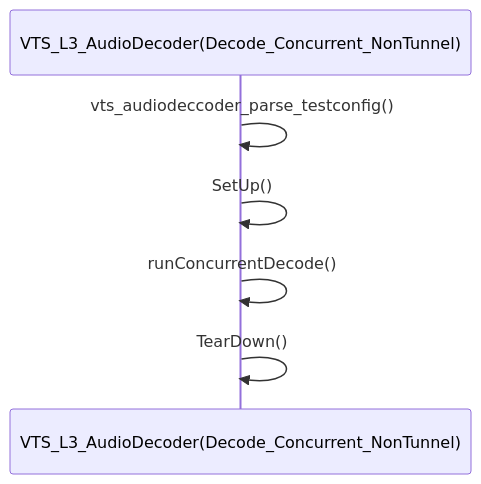
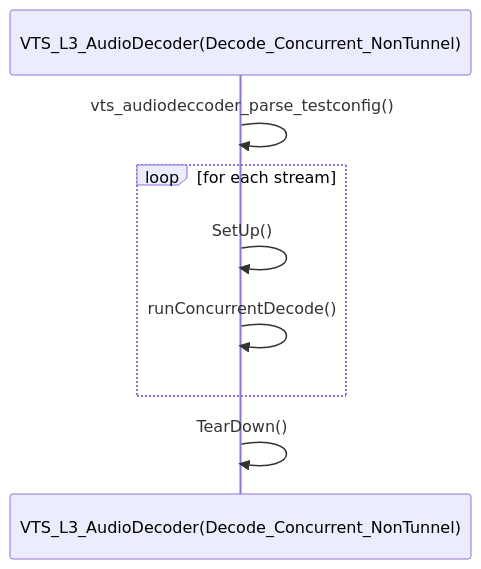
One commit to davidkoo-brcm/rdk-halif-aidl-test-audiodecoder changed diagram 12 of 12 in docs/pages/audioDecoder_L3_Low-Level_TestSpecification.md. Above: the diagram before and after it, drawn with Mermaid. The commit also changed other lines of this file and 4 other files, not shown here.

````diff
--- a/docs/pages/audioDecoder_L3_Low-Level_TestSpecification.md
+++ b/docs/pages/audioDecoder_L3_Low-Level_TestSpecification.md
@@ -522,9 +538,11 @@
 ```mermaid
 sequenceDiagram
     participant Test as VTS_L3_AudioDecoder(Decode_Concurrent_NonTunnel)
 
     Test->>Test: vts_audiodeccoder_parse_testconfig()
-    Test->>Test: SetUp()
-    Test->>Test: runConcurrentDecode()
+    loop for each stream
+      Test->>Test: SetUp()
+      Test->>Test: runConcurrentDecode()
+    end
     Test->>Test: TearDown()
 ```
````
